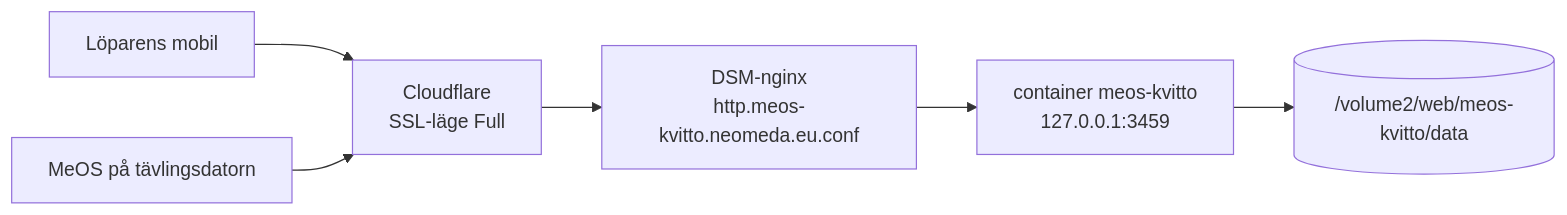
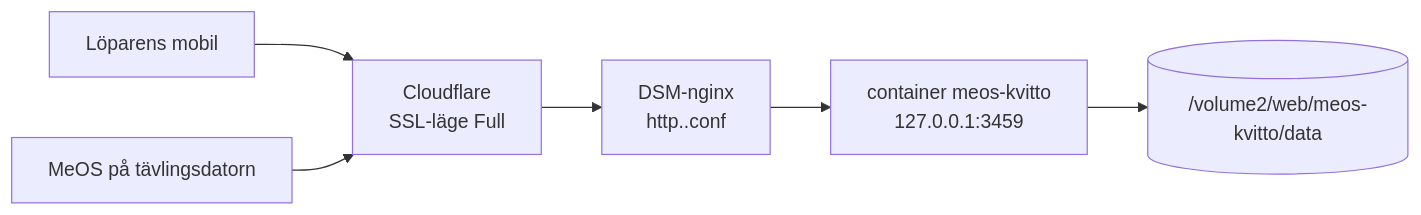
Before and after one commit to mattias242/meos-receipt: the diagram in deploy/DRIFTSATTNING.md, drawn with Mermaid. The commit also changed other lines of this file and 4 other files, not shown here.

````diff
--- a/deploy/DRIFTSATTNING.md
+++ b/deploy/DRIFTSATTNING.md
@@ -7,8 +10,8 @@
 ```mermaid
 flowchart LR
   K["Löparens mobil"] --> CF["Cloudflare<br/>SSL-läge Full"]
   MEOS["MeOS på tävlingsdatorn"] --> CF
-  CF --> NG["DSM-nginx<br/>http.meos-kvitto.neomeda.eu.conf"]
+  CF --> NG["DSM-nginx<br/>http.<värdnamn>.conf"]
   NG --> APP["container meos-kvitto<br/>127.0.0.1:3459"]
   APP --> VOL[("/volume2/web/meos-kvitto/data")]
 ```
````
